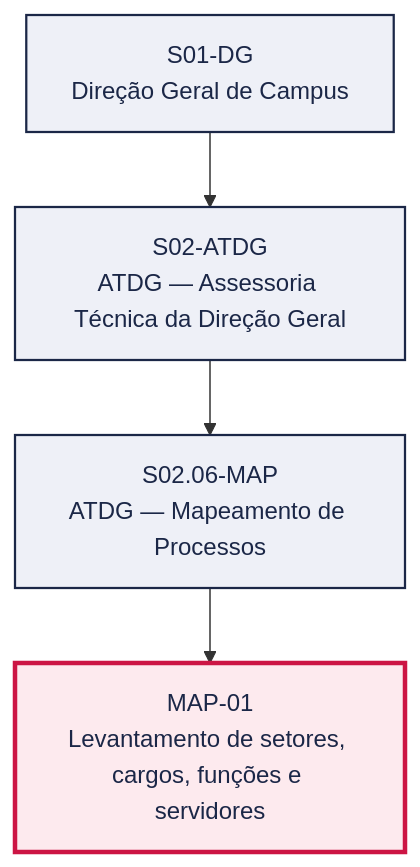
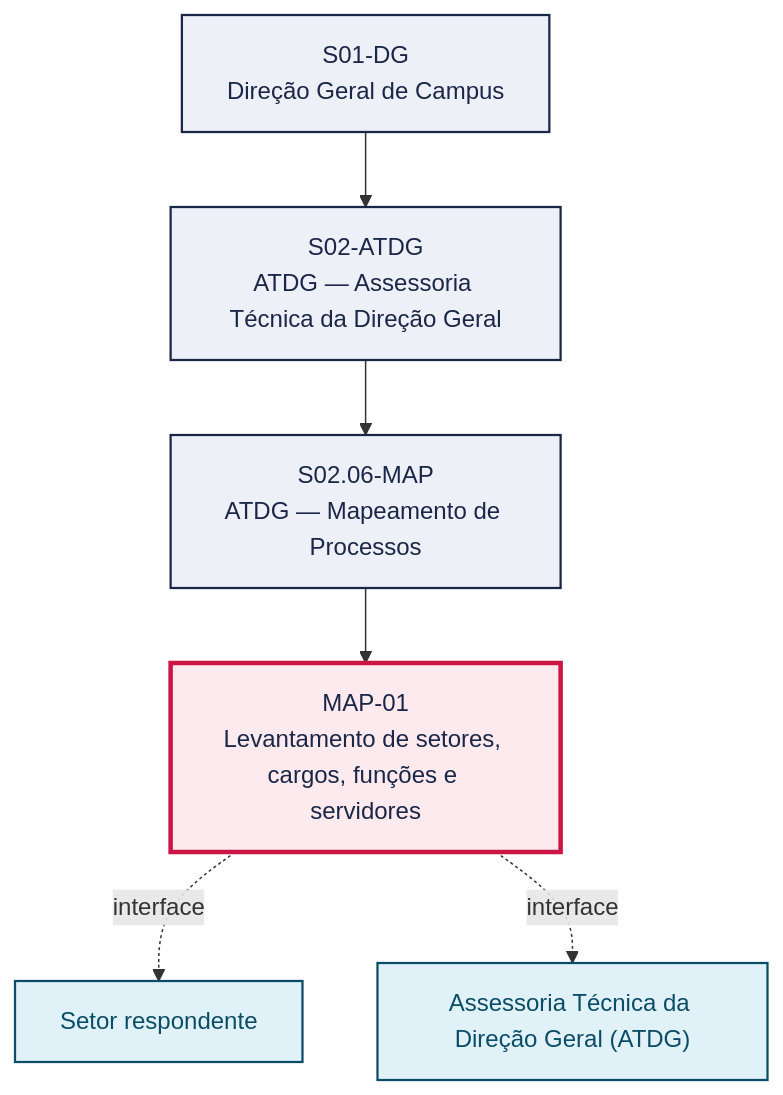
The first of 2 diagrams in pops/MAP/MAP-01.md (jessefers/canvas-vivo-atdg), drawn with Mermaid before and after one commit. The commit also changed other lines of this file and 61 other files, not shown here.

````diff
--- a/pops/MAP/MAP-01.md
+++ b/pops/MAP/MAP-01.md
@@ -49,15 +51,20 @@
 ```mermaid
 graph TD
   S01_DG["S01-DG<br/>Direção Geral de Campus"]
   S02_ATDG["S02-ATDG<br/>ATDG — Assessoria Técnica da Direção Geral"]
   S01_DG --> S02_ATDG
   S02_06_MAP["S02.06-MAP<br/>ATDG — Mapeamento de Processos"]
   S02_ATDG --> S02_06_MAP
   P["MAP-01<br/>Levantamento de setores, cargos, funções e servidores"]
   S02_06_MAP --> P
+  V1["Setor respondente"]
+  P -. interface .-> V1
+  V2["Assessoria Técnica da Direção Geral (ATDG)"]
+  P -. interface .-> V2
   classDef setor fill:#EEF0F7,stroke:#1B2747,stroke-width:1.5px,color:#1B2747
   classDef destaque fill:#FDEAEE,stroke:#CC1544,stroke-width:3px,color:#1B2747
   classDef vizinho fill:#E0F2F8,stroke:#0B4D66,stroke-width:1.5px,color:#0B4D66
   class S01_DG,S02_ATDG,S02_06_MAP setor
   class P destaque
+  class V1,V2 vizinho
 ```
````
